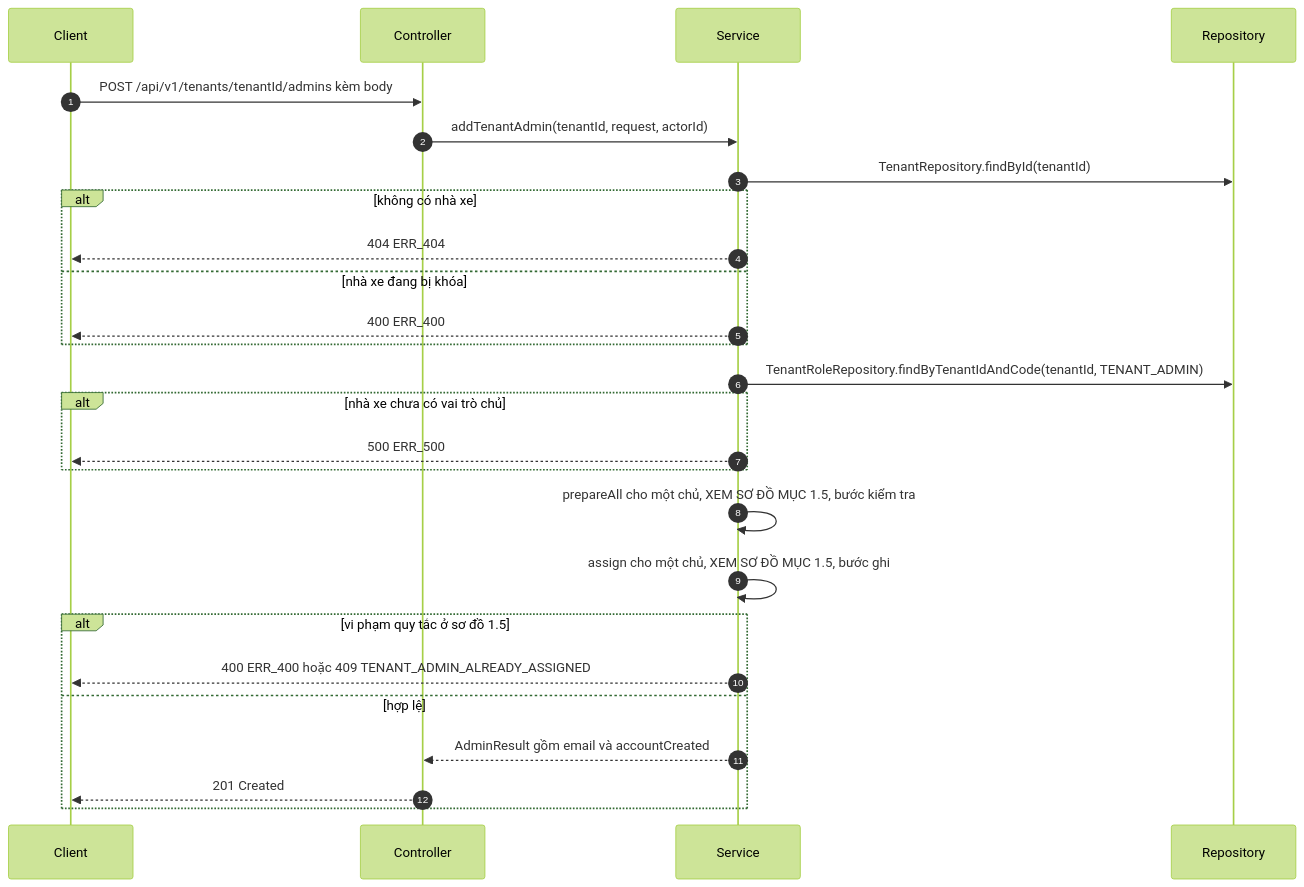
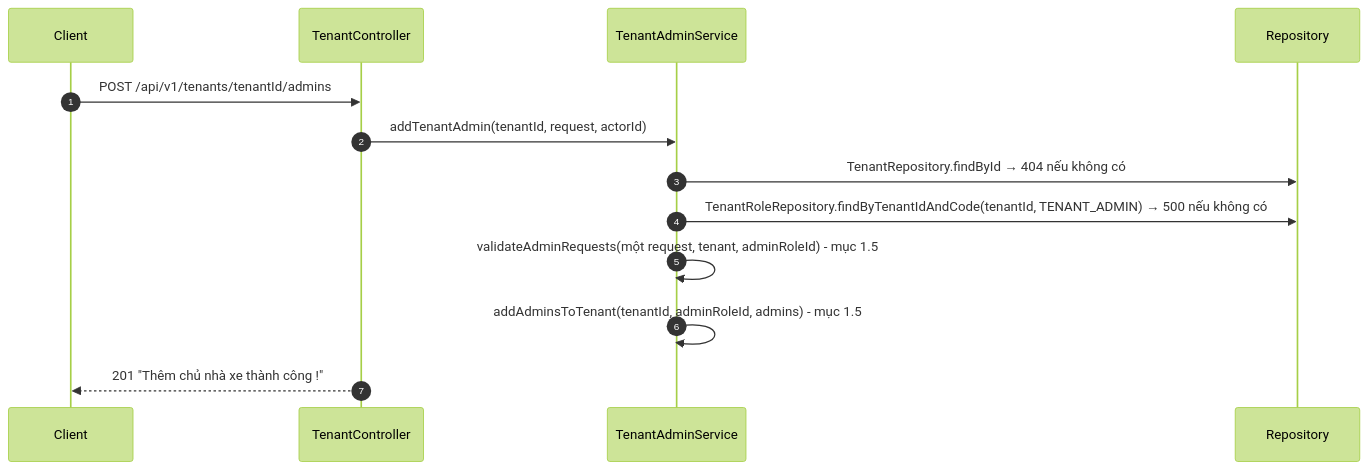
Before and after one commit to foodboi88/car-rental-saas: the tenth of 11 diagrams in docs/plans/tenant/2026-10-19-tenant-api-spec.md, drawn with Mermaid (forest theme). The commit also changed other lines of this file and 9 other files, not shown here.

First line of the commit message:
feature/huynq7: chặn admins null, bổ sung test tenant, đồng bộ tài liệu

````diff
--- a/docs/plans/tenant/2026-10-19-tenant-api-spec.md
+++ b/docs/plans/tenant/2026-10-19-tenant-api-spec.md
@@ -597,28 +583,15 @@
 ```mermaid
 sequenceDiagram
   autonumber
   participant C as Client
-  participant K as Controller
-  participant S as Service
+  participant K as TenantController
+  participant A as TenantAdminService
   participant R as Repository
-  C->>K: POST /api/v1/tenants/tenantId/admins kèm body
-  K->>S: addTenantAdmin(tenantId, request, actorId)
-  S->>R: TenantRepository.findById(tenantId)
-  alt không có nhà xe
-    S-->>C: 404 ERR_404
-  else nhà xe đang bị khóa
-    S-->>C: 400 ERR_400
-  end
-  S->>R: TenantRoleRepository.findByTenantIdAndCode(tenantId, TENANT_ADMIN)
-  alt nhà xe chưa có vai trò chủ
-    S-->>C: 500 ERR_500
-  end
-  S->>S: prepareAll cho một chủ, XEM SƠ ĐỒ MỤC 1.5, bước kiểm tra
-  S->>S: assign cho một chủ, XEM SƠ ĐỒ MỤC 1.5, bước ghi
-  alt vi phạm quy tắc ở sơ đồ 1.5
-    S-->>C: 400 ERR_400 hoặc 409 TENANT_ADMIN_ALREADY_ASSIGNED
-  else hợp lệ
-    S-->>K: AdminResult gồm email và accountCreated
-    K-->>C: 201 Created
-  end
+  C->>K: POST /api/v1/tenants/tenantId/admins
+  K->>A: addTenantAdmin(tenantId, request, actorId)
+  A->>R: TenantRepository.findById → 404 nếu không có
+  A->>R: TenantRoleRepository.findByTenantIdAndCode(tenantId, TENANT_ADMIN) → 500 nếu không có
+  A->>A: validateAdminRequests(một request, tenant, adminRoleId) - mục 1.5
+  A->>A: addAdminsToTenant(tenantId, adminRoleId, admins) - mục 1.5
+  K-->>C: 201 "Thêm chủ nhà xe thành công !"
 ```
````
